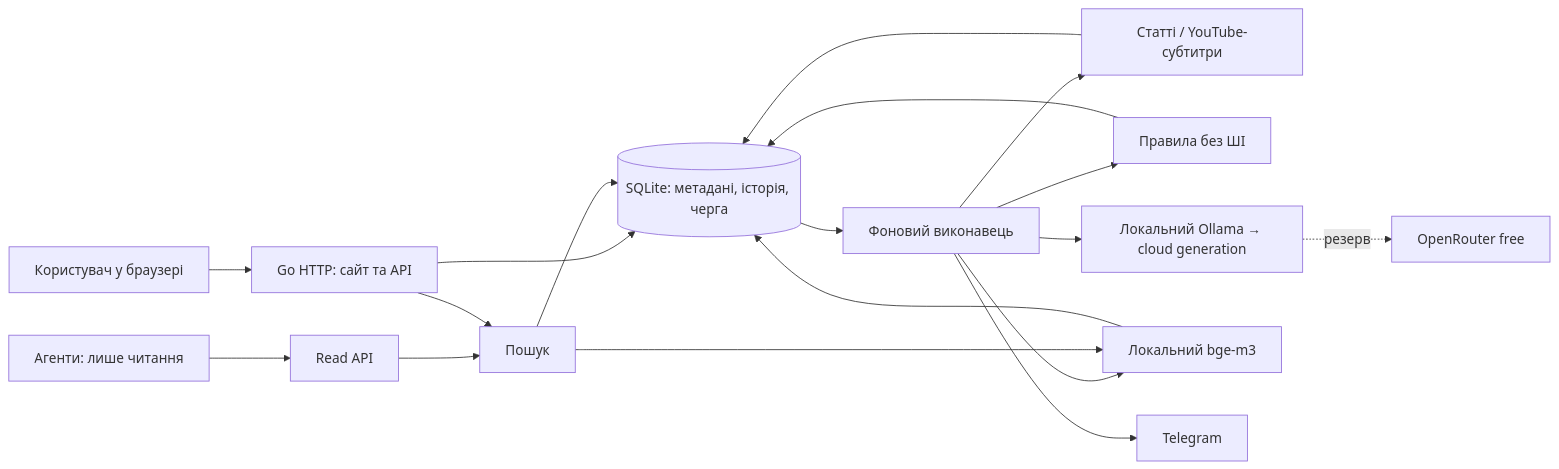
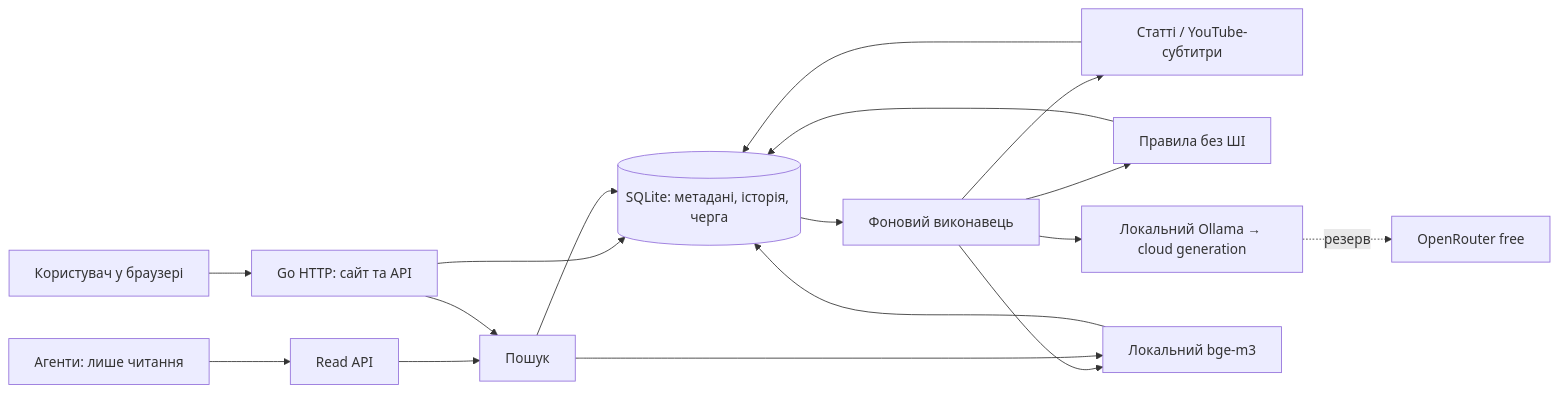
Before and after one commit to valpere/news-library: the diagram in docs/HLD.md, drawn with Mermaid. The commit also changed other lines of this file and 24 other files, not shown here.

````diff
--- a/docs/HLD.md
+++ b/docs/HLD.md
@@ -65,20 +65,19 @@
 ```mermaid
 flowchart LR
     U[Користувач у браузері] --> H[Go HTTP: сайт та API]
     A[Агенти: лише читання] --> R[Read API]
     R --> S[Пошук]
     H --> D[(SQLite: метадані, історія, черга)]
     D --> W[Фоновий виконавець]
     W --> X[Статті / YouTube-субтитри]
     X --> D
     W --> F[Правила без ШІ]
     F --> D
     W --> O[Локальний Ollama → cloud generation]
     O -. резерв .-> OR[OpenRouter free]
     W --> E[Локальний bge-m3]
     E --> D
     S --> D
     S --> E
-    W --> T[Telegram]
     H --> S
 ```
````
